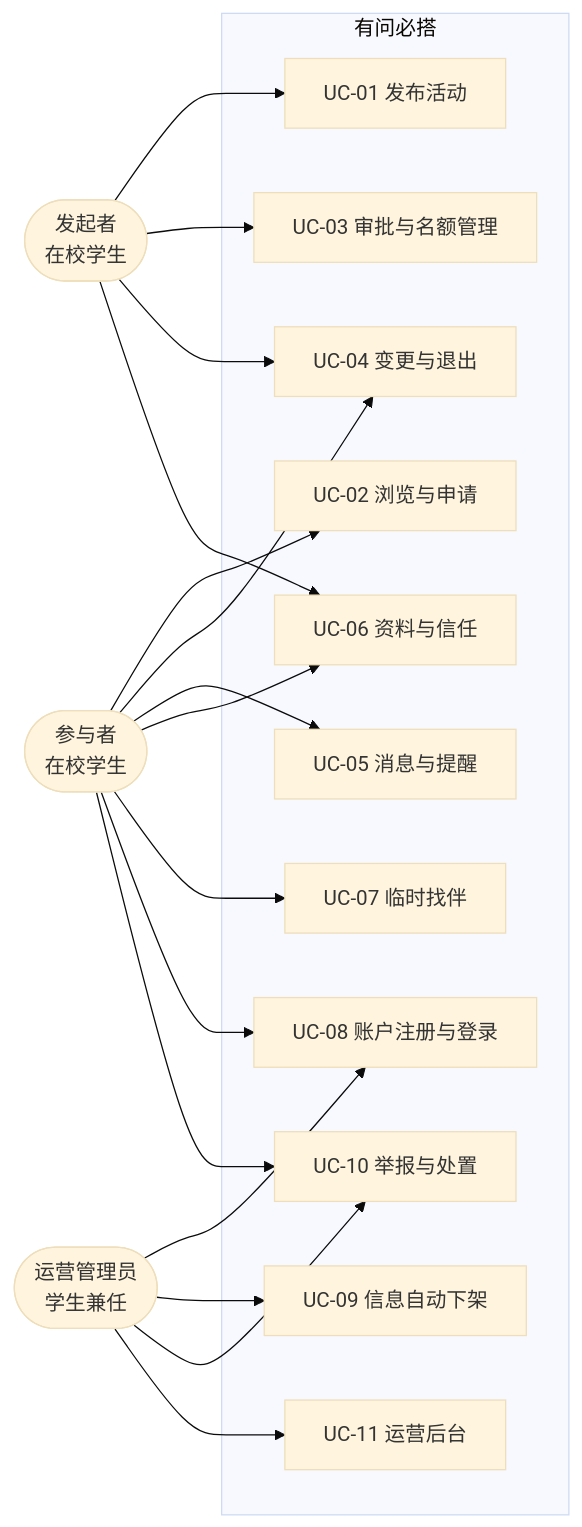
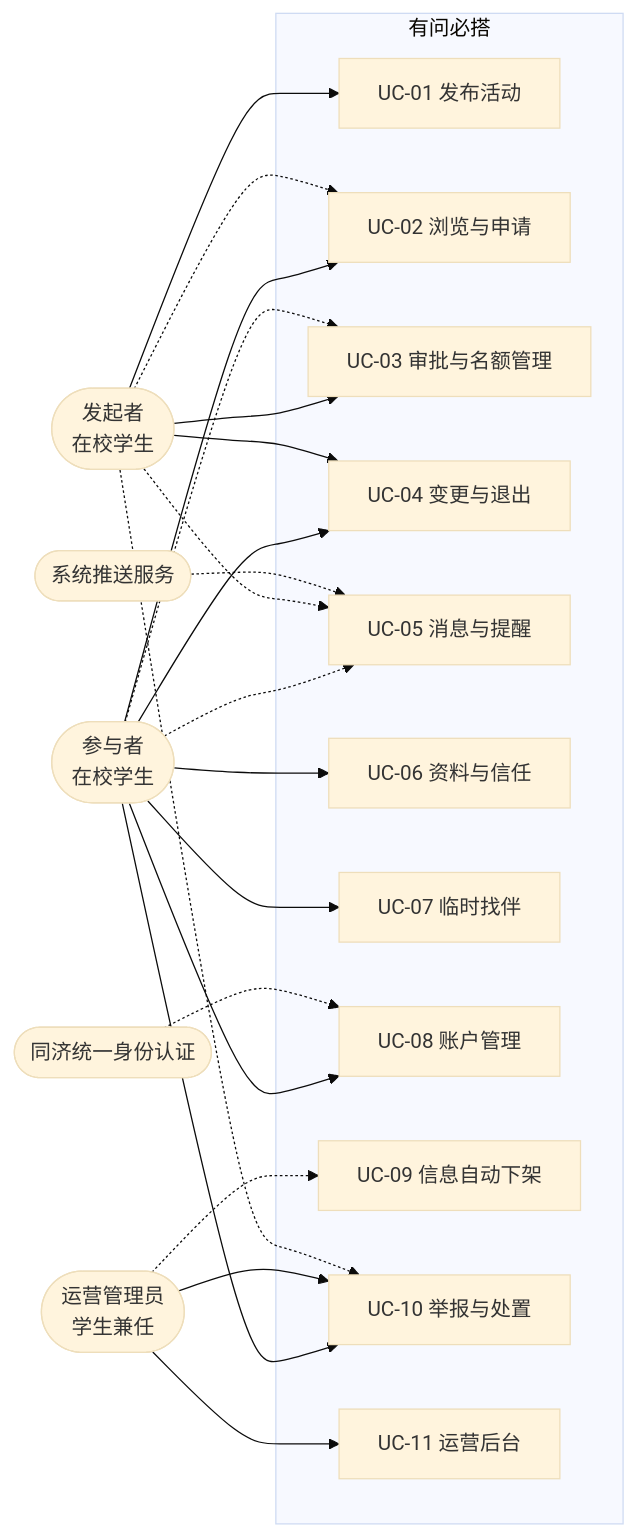
One commit to regretofice/Ask.Match changed the diagram in doc/需求/SRS.md. Above: the diagram before and after it, drawn with Mermaid (base theme). The commit also changed other lines of this file and 1 other file, not shown here.

````diff
--- a/doc/需求/SRS.md
+++ b/doc/需求/SRS.md
@@ -165,36 +121,42 @@
 ```mermaid
 flowchart LR
     P(["参与者<br/>在校学生"])
     O(["发起者<br/>在校学生"])
     A(["运营管理员<br/>学生兼任"])
+    SSO(["同济统一身份认证"])
+    PUSH(["系统推送服务"])
 
     subgraph SYS["有问必搭"]
         UC01["UC-01 发布活动"]
         UC02["UC-02 浏览与申请"]
         UC03["UC-03 审批与名额管理"]
         UC04["UC-04 变更与退出"]
         UC05["UC-05 消息与提醒"]
         UC06["UC-06 资料与信任"]
         UC07["UC-07 临时找伴"]
-        UC08["UC-08 账户注册与登录"]
+        UC08["UC-08 账户管理"]
         UC09["UC-09 信息自动下架"]
         UC10["UC-10 举报与处置"]
         UC11["UC-11 运营后台"]
     end
 
     P --> UC02
     P --> UC04
-    P --> UC05
     P --> UC06
     P --> UC07
     P --> UC08
     P --> UC10
     O --> UC01
     O --> UC03
     O --> UC04
-    O --> UC06
-    A --> UC08
-    A --> UC09
     A --> UC10
     A --> UC11
+    O -.-> UC02
+    P -.-> UC03
+    P -.-> UC05
+    O -.-> UC05
+    PUSH -.-> UC05
+    SSO -.-> UC08
+    A -.-> UC09
+    O -.-> UC10
 ```
````
